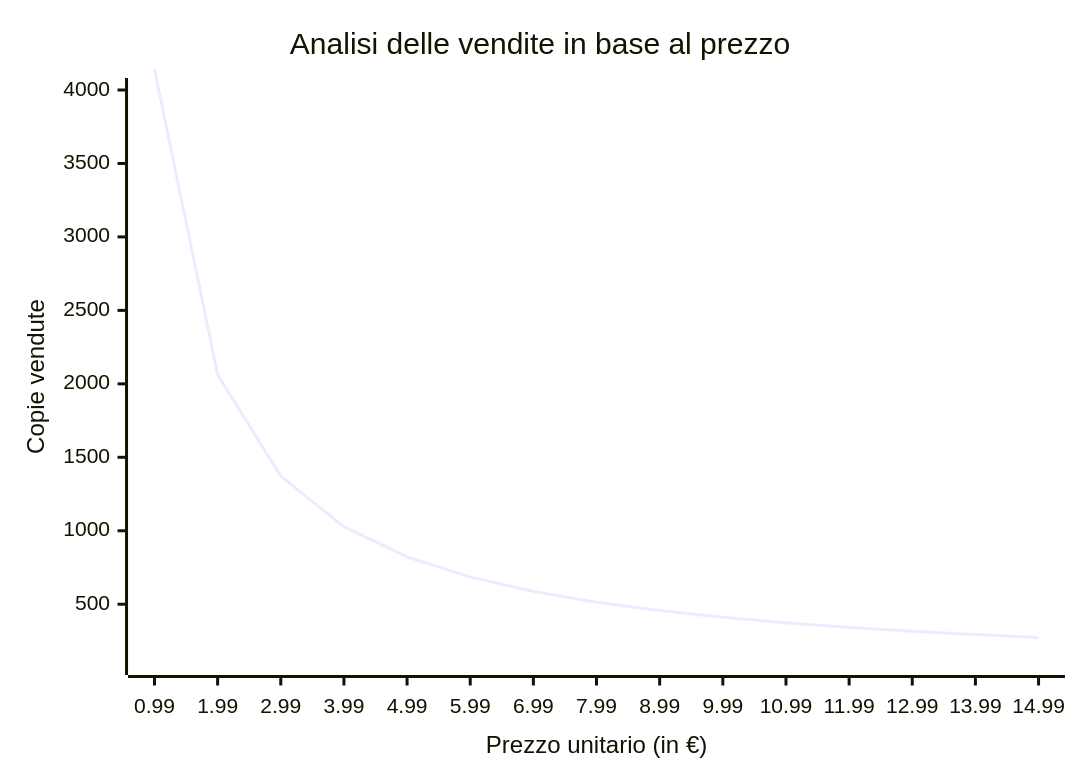
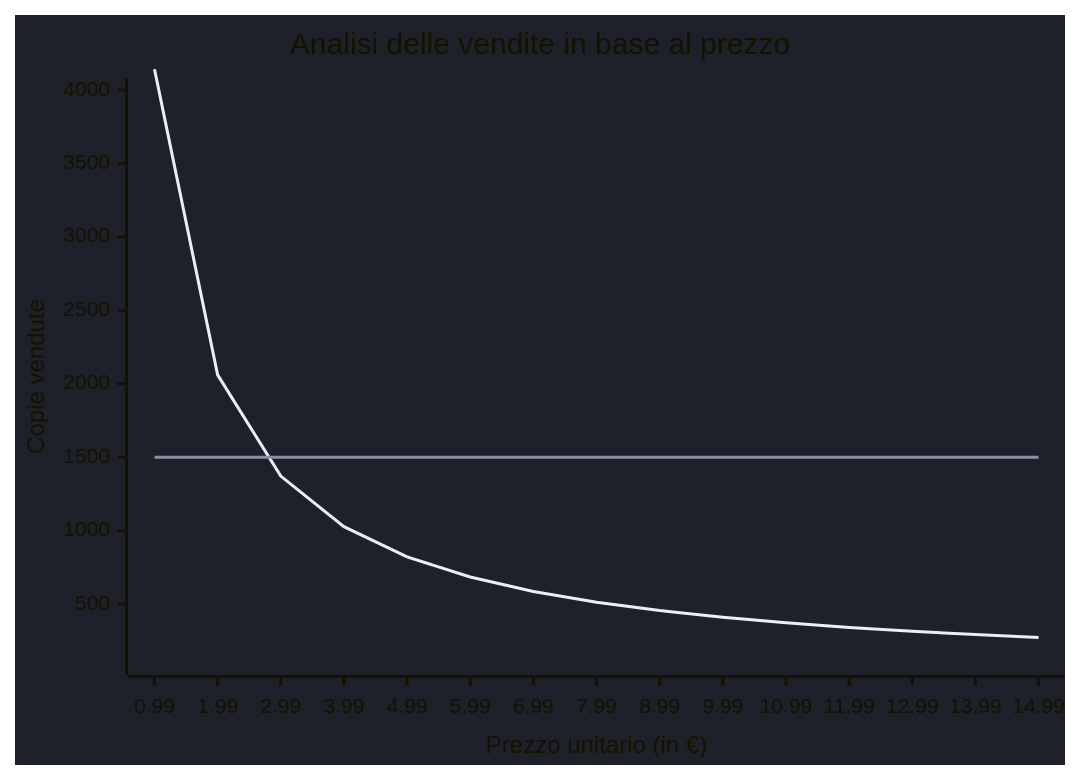
Before and after one commit to FilippoGurioli/super-chasm-hunter-pm: the diagram in docs/Allegati/3 - Analisi Finanziaria.md, drawn with Mermaid.

Commit message:
feat: change marketing analysis chart background

````diff
--- a/docs/Allegati/3 - Analisi Finanziaria.md
+++ b/docs/Allegati/3 - Analisi Finanziaria.md
@@ -23,7 +23,14 @@
 ```mermaid
+---
+config:
+    themeVariables:
+        xyChart:
+            backgroundColor: "#1E2129"
+---
 xychart-beta
     title "Analisi delle vendite in base al prezzo"
     x-axis "Prezzo unitario (in €)" [0.99,1.99,2.99,3.99,4.99,5.99,6.99,7.99,8.99,9.99,10.99,11.99,12.99,13.99,14.99]
     y-axis "Copie vendute" 100 --> 4000
     line [4142,2061,1372,1028,822,685,587,514,457,411,374,342,316,294,274,257,242,228]
+    line [1500,1500,1500,1500,1500,1500,1500,1500,1500,1500,1500,1500,1500,1500,1500]
 ```
````
